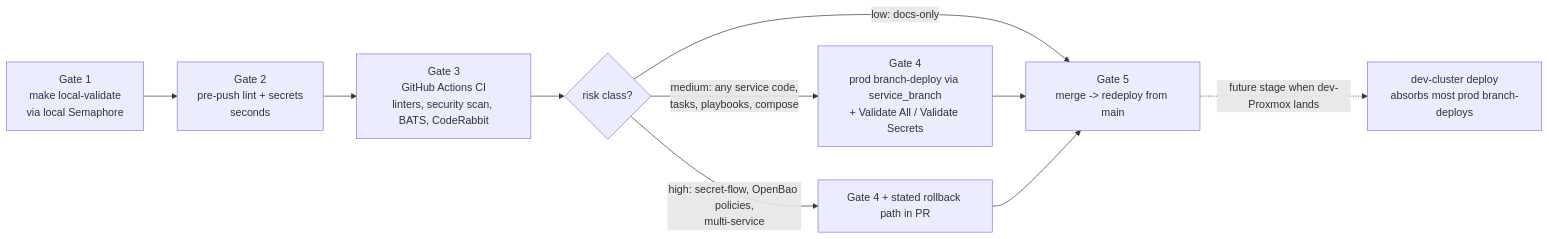
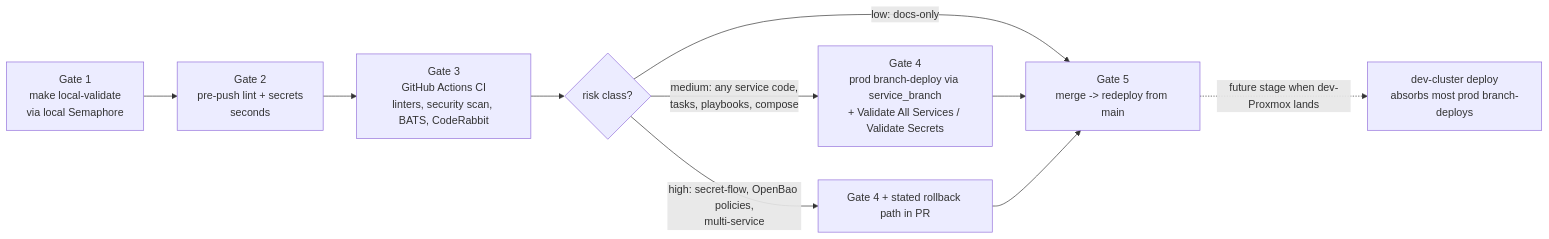
One commit to uhstray-io/agent-cloud changed the fourth of 10 diagrams in plan/development/00-foundation-local-dev.md. Above: the diagram before and after it, drawn with Mermaid. The commit also changed other lines of this file and 5 other files, not shown here.

````diff
--- a/plan/development/00-foundation-local-dev.md
+++ b/plan/development/00-foundation-local-dev.md
@@ -261,12 +261,12 @@
 ```mermaid
 flowchart LR
   L[Gate 1<br/>make local-validate<br/>via local Semaphore] --> P[Gate 2<br/>pre-push lint + secrets<br/>seconds]
   P --> CI[Gate 3<br/>GitHub Actions CI<br/>linters, security scan, BATS, CodeRabbit]
   CI --> RC{risk class?}
   RC -->|low: docs-only| M[Gate 5<br/>merge -> redeploy from main]
-  RC -->|medium: any service code,<br/>tasks, playbooks, compose| BD[Gate 4<br/>prod branch-deploy via service_branch<br/>+ Validate All / Validate Secrets]
+  RC -->|medium: any service code,<br/>tasks, playbooks, compose| BD[Gate 4<br/>prod branch-deploy via service_branch<br/>+ Validate All Services / Validate Secrets]
   RC -->|high: secret-flow, OpenBao policies,<br/>multi-service| BDH[Gate 4 + stated rollback path in PR]
   BD --> M
   BDH --> M
   M -.future stage when dev-Proxmox lands.-> DPX[dev-cluster deploy<br/>absorbs most prod branch-deploys]
 ```
````
